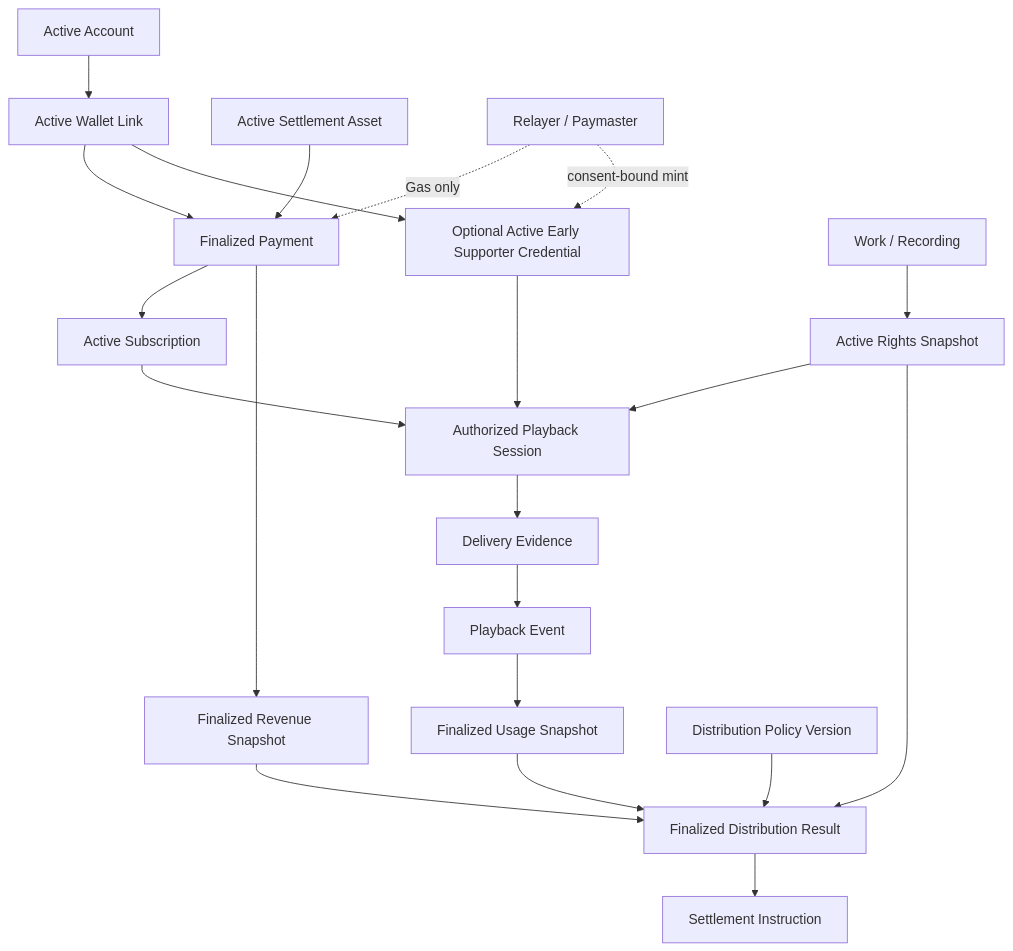
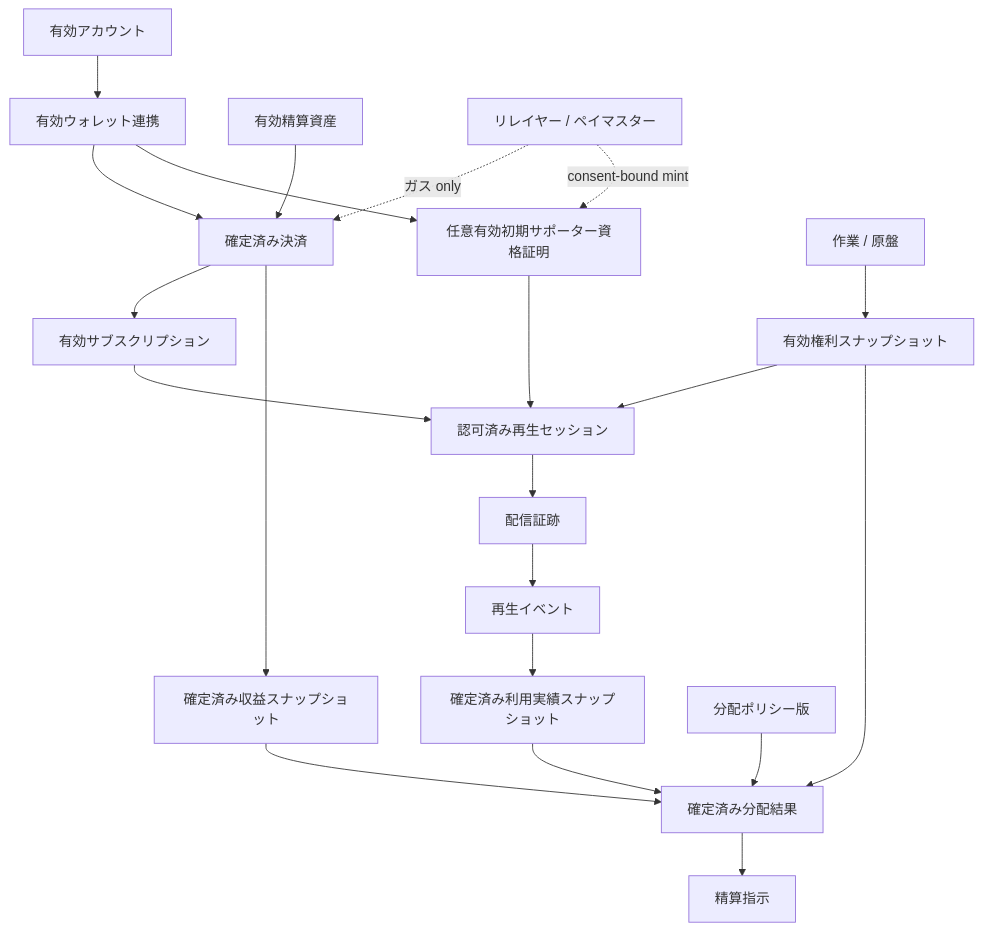
Before and after one commit to ShigeichiroYamasaki/creator-first-platform: the diagram in docs/protocol/vertical-slice.md, drawn with Mermaid. The commit also changed other lines of this file and 72 other files, not shown here.

````diff
--- a/docs/protocol/vertical-slice.md
+++ b/docs/protocol/vertical-slice.md
@@ -18,37 +18,37 @@
 ```mermaid
 flowchart TD
-    ACCOUNT[Active Account]
-    WALLET[Active Wallet Link]
-    ASSET[Active Settlement Asset]
-    PAYMENT[Finalized Payment]
-    SUB[Active Subscription]
-    CREDENTIAL[Optional Active Early Supporter Credential]
-    SPONSOR[Relayer / Paymaster]
+    ACCOUNT[有効アカウント]
+    WALLET[有効ウォレット連携]
+    ASSET[有効精算資産]
+    PAYMENT[確定済み決済]
+    SUB[有効サブスクリプション]
+    CREDENTIAL[任意有効初期サポーター資格証明]
+    SPONSOR[リレイヤー / ペイマスター]
 
-    CONTENT[Work / Recording]
-    RIGHTS[Active Rights Snapshot]
-    AUTHZ[Authorized Playback Session]
-    DELIVERY[Delivery Evidence]
-    PLAY[Playback Event]
-    USAGE[Finalized Usage Snapshot]
+    CONTENT[作業 / 原盤]
+    RIGHTS[有効権利スナップショット]
+    AUTHZ[認可済み再生セッション]
+    DELIVERY[配信証跡]
+    PLAY[再生イベント]
+    USAGE[確定済み利用実績スナップショット]
 
-    REVENUE[Finalized Revenue Snapshot]
-    POLICY[Distribution Policy Version]
-    RESULT[Finalized Distribution Result]
-    INSTRUCTION[Settlement Instruction]
+    REVENUE[確定済み収益スナップショット]
+    POLICY[分配ポリシー版]
+    RESULT[確定済み分配結果]
+    INSTRUCTION[精算指示]
 
     ACCOUNT --> WALLET --> PAYMENT --> SUB --> AUTHZ --> DELIVERY --> PLAY --> USAGE
-    SPONSOR -. Gas only .-> PAYMENT
+    SPONSOR -. ガス only .-> PAYMENT
     SPONSOR -. consent-bound mint .-> CREDENTIAL
     WALLET --> CREDENTIAL --> AUTHZ
     ASSET --> PAYMENT
     PAYMENT --> REVENUE
 
     CONTENT --> RIGHTS
     RIGHTS --> AUTHZ
     RIGHTS --> RESULT
     USAGE --> RESULT
     REVENUE --> RESULT
     POLICY --> RESULT
     RESULT --> INSTRUCTION
 ```
````
